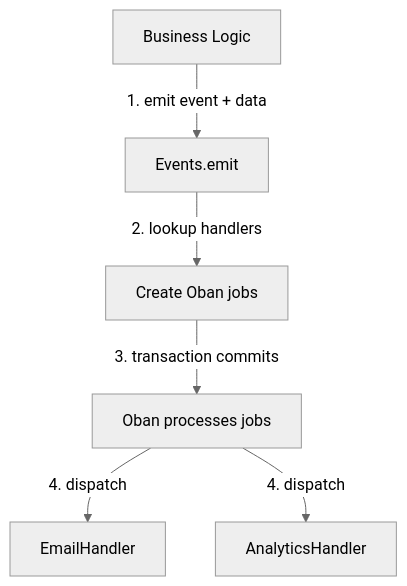
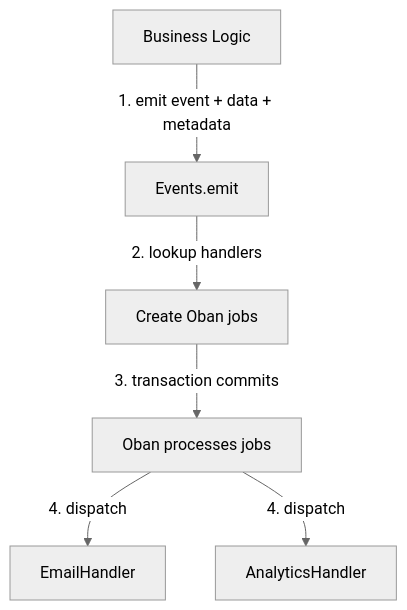
The diagram in README.md (davidgomes/ycb-snap-19a00b84), drawn with Mermaid (neutral theme) before and after one commit. The commit also changed other lines of this file and 9 other files, not shown here.

First line of the commit message:
Add Event struct with metadata, testing helpers, and update README

````diff
--- a/README.md
+++ b/README.md
@@ -100,8 +104,8 @@
 ```mermaid
 flowchart TD
-    A[Business Logic] -->|1. emit event + data| B[Events.emit]
+    A[Business Logic] -->|1. emit event + data + metadata| B[Events.emit]
     B -->|2. lookup handlers| C[Create Oban jobs]
     C -->|3. transaction commits| D[Oban processes jobs]
     D -->|4. dispatch| E[EmailHandler]
     D -->|4. dispatch| F[AnalyticsHandler]
 ```
````
